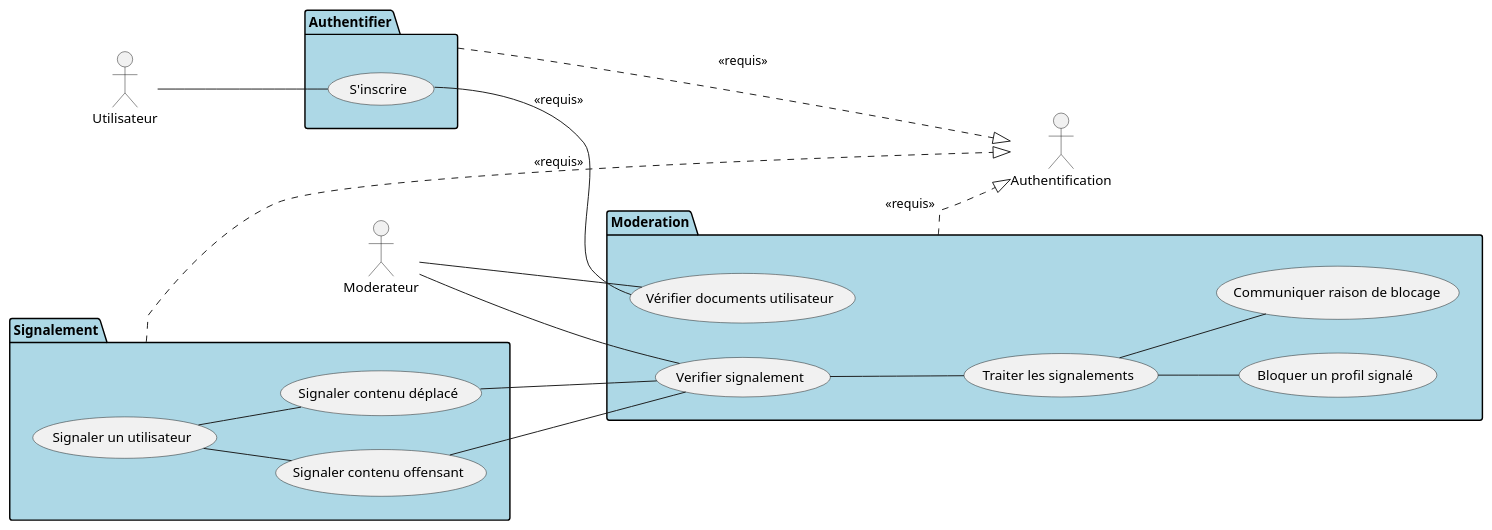
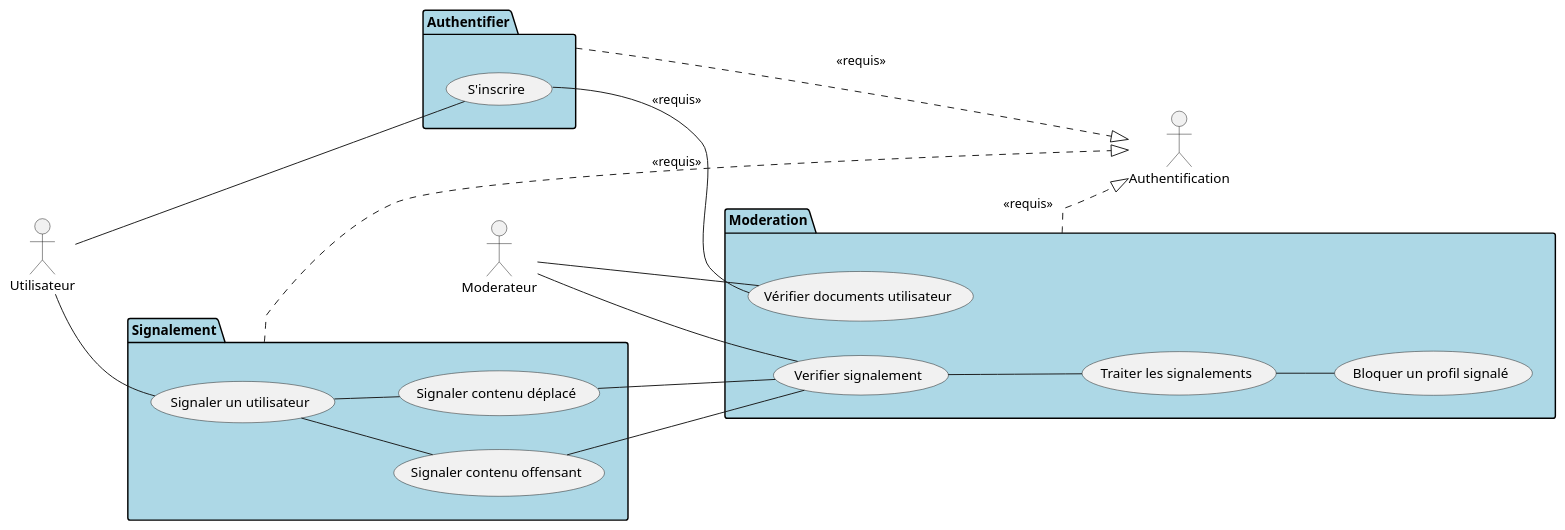
Before and after one commit to MinaroliCorentin/PSO: the diagram in src/Projet_Tinder_Cas_Utilisation_Moderation.puml, drawn with PlantUML. The commit also changed 6 other files, not shown here.

```diff
--- a/src/Projet_Tinder_Cas_Utilisation_Moderation.puml
+++ b/src/Projet_Tinder_Cas_Utilisation_Moderation.puml
@@ -1,54 +1,54 @@
 @startuml
 
 left to right direction
 
 'Acteurs'
 actor Utilisateur
 actor Moderateur
 actor Authentification
 
 
 
 package "Moderation" #LightBlue {
 
     usecase "Traiter les signalements" as mod_traiter
     usecase "Bloquer un profil signalé" as mod_bloquer
-    usecase "Communiquer raison de blocage" as mod_raison_blocage
     usecase "Vérifier documents utilisateur" as mod_verif_docs
     usecase "Verifier signalement" as mod_verif_signal
 
     Moderateur -- mod_verif_signal
     Moderateur -- mod_verif_docs
     mod_verif_signal -- mod_traiter
     mod_traiter -- mod_bloquer
-    mod_traiter -- mod_raison_blocage
+
 
 }
 
 package "Signalement" #LightBlue {
 
     usecase "Signaler un utilisateur" as signal_user
     usecase "Signaler contenu déplacé" as signal_deplace
     usecase "Signaler contenu offensant" as signal_offensant
 
     signal_user -- signal_deplace
     signal_user -- signal_offensant
     signal_deplace -- mod_verif_signal
     signal_offensant -- mod_verif_signal
+    Utilisateur -- signal_user
 
 }
 
 package "Authentifier" #LightBlue {
 
     usecase "S'inscrire" as auth_inscription
 
     Utilisateur -- auth_inscription
     auth_inscription -- mod_verif_docs : <<requis>>
 
 }
 
 Authentifier ..|> Authentification : <<requis>>
 Signalement ..|> Authentification : <<requis>>
 Moderation ..|> Authentification : <<requis>>
 
 @enduml
```
